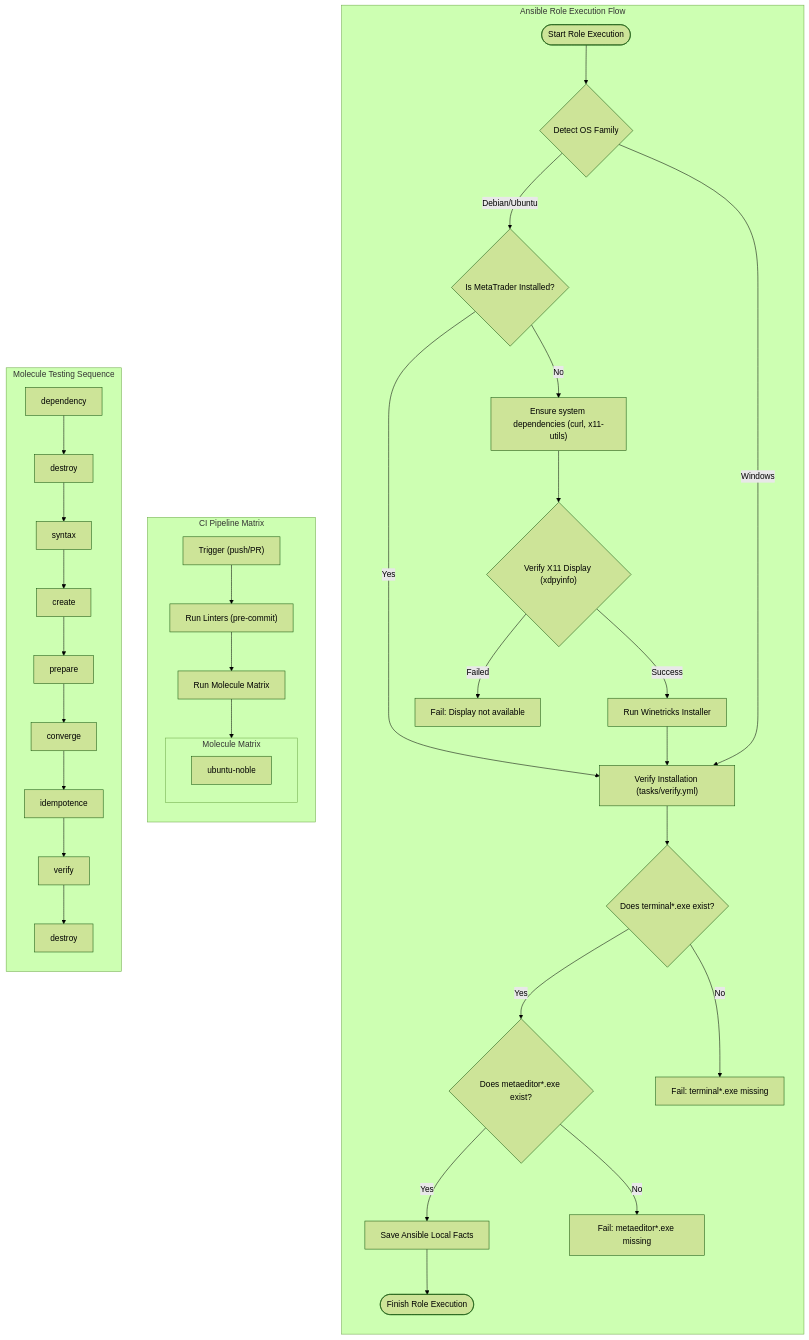
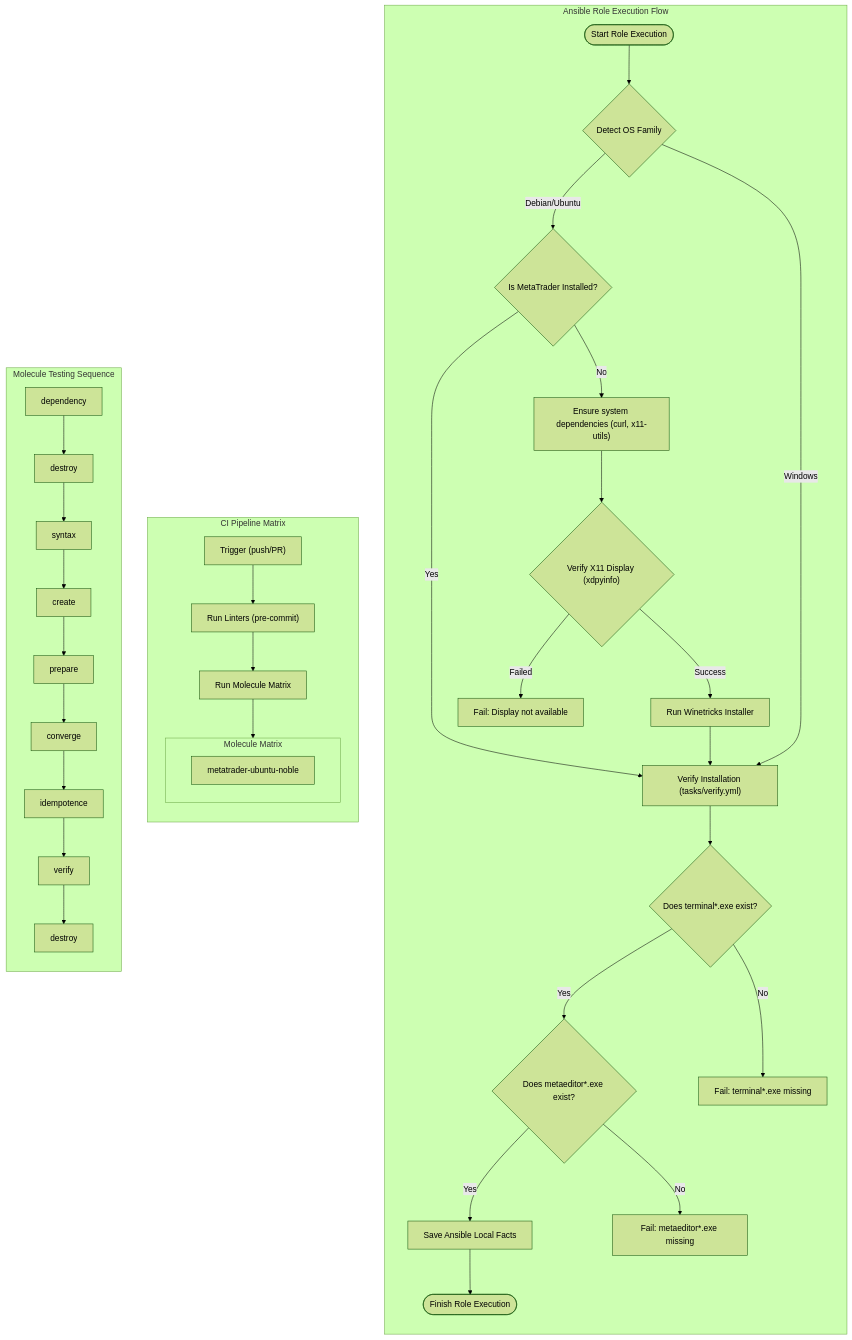
Before and after one commit to EA31337/ansible-role-metatrader: the diagram in docs/FLOWS.mmd, drawn with Mermaid (forest theme). The commit also changed 8 other files, not shown here.

```diff
--- a/docs/FLOWS.mmd
+++ b/docs/FLOWS.mmd
@@ -1,50 +1,50 @@
 %% docs/FLOWS.mmd
 flowchart TD
     subgraph Ansible_Role_Execution [Ansible Role Execution Flow]
         direction TB
         A([Start Role Execution]) --> B{"Detect OS Family"}
 
         B -->|Debian/Ubuntu| D{"Is MetaTrader Installed?"}
         B -->|Windows| H["Verify Installation (tasks/verify.yml)"]
 
         D -->|Yes| H
         D -->|No| E["Ensure system dependencies (curl, x11-utils)"]
         E --> F{"Verify X11 Display (xdpyinfo)"}
 
         F -->|Failed| F_ERR["Fail: Display not available"]
         F -->|Success| G["Run Winetricks Installer"]
 
         G --> H["Verify Installation (tasks/verify.yml)"]
 
         H --> I{"Does terminal*.exe exist?"}
         I -->|Yes| J{"Does metaeditor*.exe exist?"}
         I -->|No| I_ERR["Fail: terminal*.exe missing"]
 
         J -->|Yes| K["Save Ansible Local Facts"]
         J -->|No| J_ERR["Fail: metaeditor*.exe missing"]
 
         K --> L([Finish Role Execution])
     end
 
     subgraph CI_Pipeline [CI Pipeline Matrix]
         direction TB
         CI1["Trigger (push/PR)"] --> CI2["Run Linters (pre-commit)"]
         CI2 --> CI3["Run Molecule Matrix"]
         subgraph Molecule_Matrix [Molecule Matrix]
             direction LR
-            CI4["ubuntu-noble"]
+            CI4["metatrader-ubuntu-noble"]
         end
         CI3 --> Molecule_Matrix
     end
 
     subgraph Molecule_Testing_Flow [Molecule Testing Sequence]
         direction TB
         M1["dependency"] --> M2["destroy"]
         M2 --> M3["syntax"]
         M3 --> M4["create"]
         M4 --> M5["prepare"]
         M5 --> M6["converge"]
         M6 --> M7["idempotence"]
         M7 --> M8["verify"]
         M8 --> M9["destroy"]
     end
```
